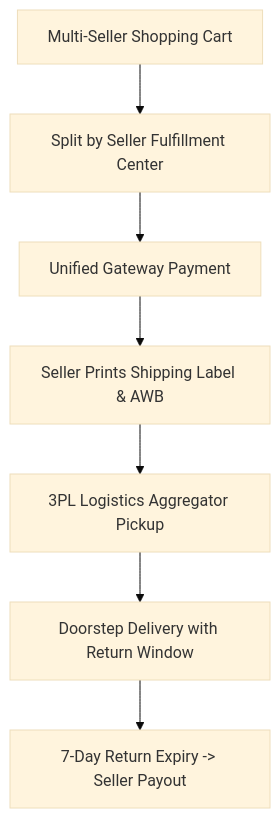
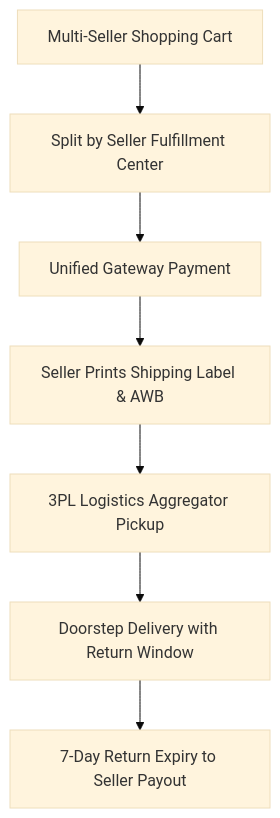
The fifth of 10 diagrams in docs/03_business_requirements_document/business_requirements_document.md (programmerfiroz/all-in-one), drawn with Mermaid (base theme) before and after one commit. The commit also changed 1 other file, not shown here.

Commit message:
fix(mermaid): sanitize mermaid syntax in BRD and Remediation Plan V1.1 for GitHub rich display rendering

````diff
--- a/docs/03_business_requirements_document/business_requirements_document.md
+++ b/docs/03_business_requirements_document/business_requirements_document.md
@@ -254,9 +254,9 @@
 ```mermaid
 flowchart TD
     Cart["Multi-Seller Shopping Cart"] --> Split["Split by Seller Fulfillment Center"]
     Split --> Pay["Unified Gateway Payment"]
     Pay --> SellerLabel["Seller Prints Shipping Label & AWB"]
     SellerLabel --> Carrier3PL["3PL Logistics Aggregator Pickup"]
     Carrier3PL --> Delivery["Doorstep Delivery with Return Window"]
-    Delivery --> Escrow["7-Day Return Expiry -> Seller Payout"]
+    Delivery --> Escrow["7-Day Return Expiry to Seller Payout"]
 ```
````
